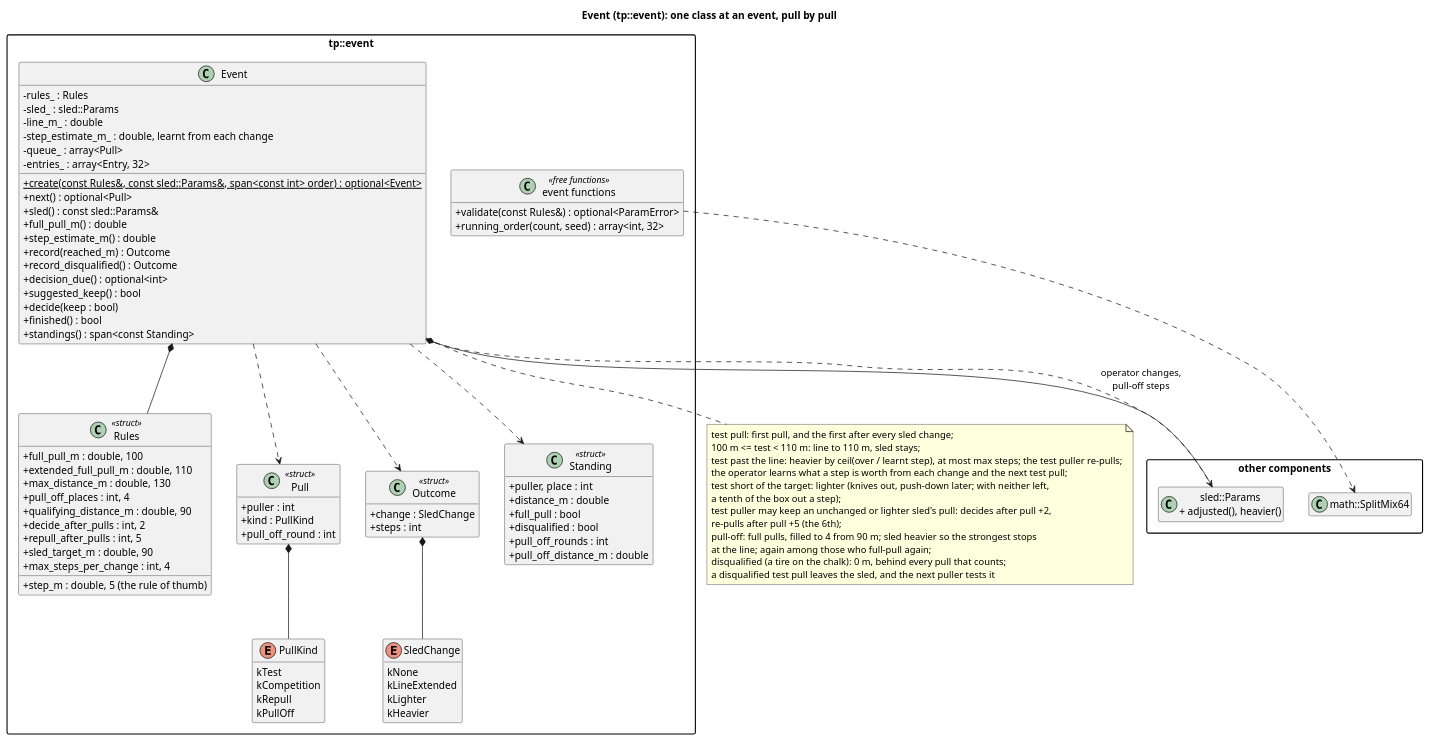
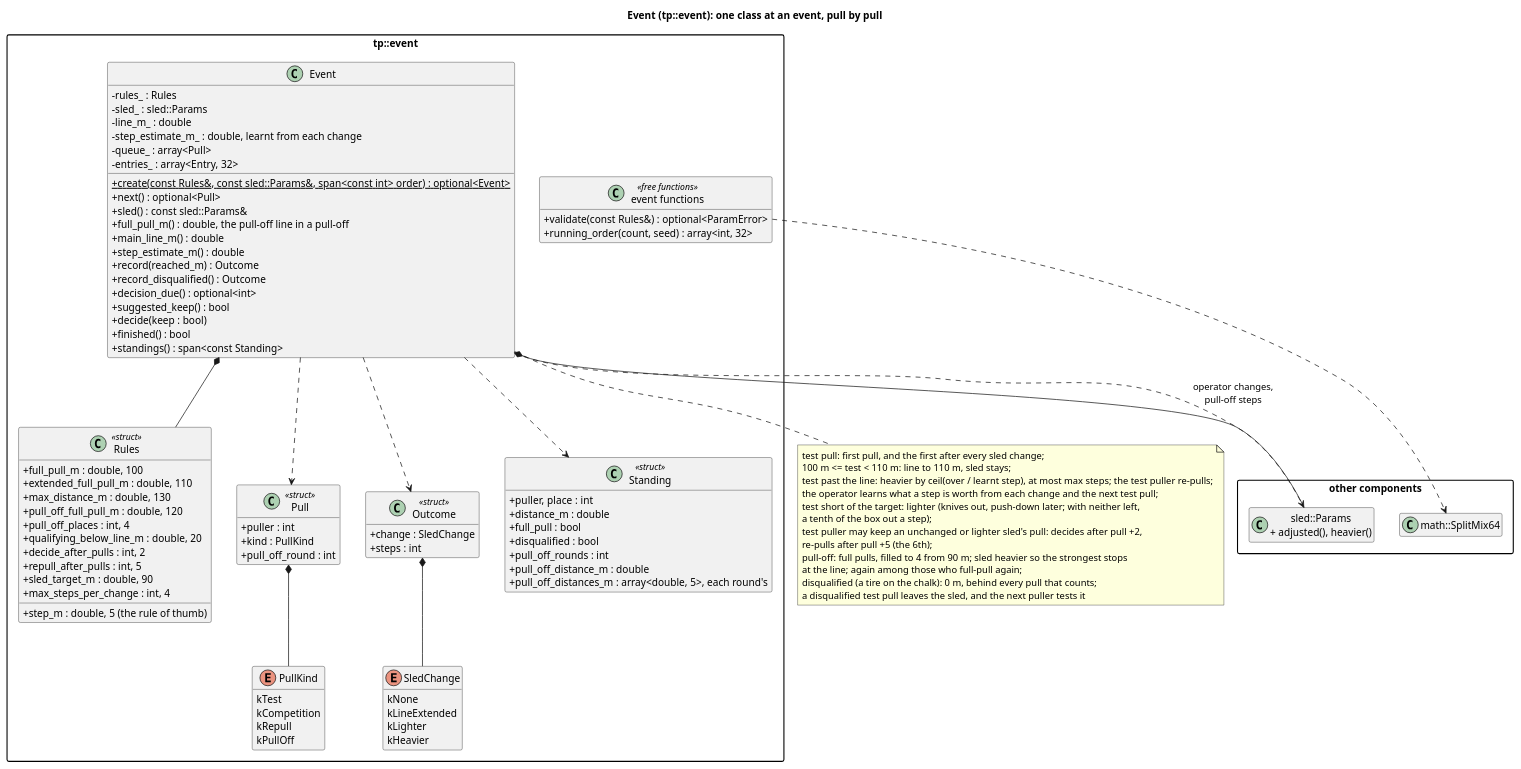
The diagram in docs/diagrams/event_classes.puml (wversteeg/TractorPulling), drawn with PlantUML before and after one commit. The commit also changed 61 other files, not shown here.

```diff
--- a/docs/diagrams/event_classes.puml
+++ b/docs/diagrams/event_classes.puml
@@ -1,102 +1,105 @@
 @startuml event_classes
 title Event (tp::event): one class at an event, pull by pull
 hide empty members
 skinparam packageStyle rectangle
 skinparam classAttributeIconSize 0
 
 package "other components" {
   class "sled::Params\n+ adjusted(), heavier()" as Sled
   class "math::SplitMix64" as Random
 }
 
 package "tp::event" {
   class Rules <<struct>> {
     +full_pull_m : double, 100
     +extended_full_pull_m : double, 110
     +max_distance_m : double, 130
+    +pull_off_full_pull_m : double, 120
     +pull_off_places : int, 4
-    +qualifying_distance_m : double, 90
+    +qualifying_below_line_m : double, 20
     +decide_after_pulls : int, 2
     +repull_after_pulls : int, 5
     +sled_target_m : double, 90
     +step_m : double, 5 (the rule of thumb)
     +max_steps_per_change : int, 4
   }
   class Pull <<struct>> {
     +puller : int
     +kind : PullKind
     +pull_off_round : int
   }
   enum PullKind {
     kTest
     kCompetition
     kRepull
     kPullOff
   }
   enum SledChange {
     kNone
     kLineExtended
     kLighter
     kHeavier
   }
   class Outcome <<struct>> {
     +change : SledChange
     +steps : int
   }
   class Standing <<struct>> {
     +puller, place : int
     +distance_m : double
     +full_pull : bool
     +disqualified : bool
     +pull_off_rounds : int
     +pull_off_distance_m : double
+    +pull_off_distances_m : array<double, 5>, each round's
   }
   class Event {
     -rules_ : Rules
     -sled_ : sled::Params
     -line_m_ : double
     -step_estimate_m_ : double, learnt from each change
     -queue_ : array<Pull>
     -entries_ : array<Entry, 32>
     +{static} create(const Rules&, const sled::Params&, span<const int> order) : optional<Event>
     +next() : optional<Pull>
     +sled() : const sled::Params&
-    +full_pull_m() : double
+    +full_pull_m() : double, the pull-off line in a pull-off
+    +main_line_m() : double
     +step_estimate_m() : double
     +record(reached_m) : Outcome
     +record_disqualified() : Outcome
     +decision_due() : optional<int>
     +suggested_keep() : bool
     +decide(keep : bool)
     +finished() : bool
     +standings() : span<const Standing>
   }
   class "event functions" as EventFns <<free functions>> {
     +validate(const Rules&) : optional<ParamError>
     +running_order(count, seed) : array<int, 32>
   }
   Event *-- Rules
   Event ..> Pull
   Event ..> Outcome
   Event ..> Standing
   Pull *-- PullKind
   Outcome *-- SledChange
 }
 Event *-- Sled
 Event ..> Sled : operator changes,\npull-off steps
 EventFns ..> Random
 note bottom of Event
   test pull: first pull, and the first after every sled change;
   100 m <= test < 110 m: line to 110 m, sled stays;
   test past the line: heavier by ceil(over / learnt step), at most max steps; the test puller re-pulls;
   the operator learns what a step is worth from each change and the next test pull;
   test short of the target: lighter (knives out, push-down later; with neither left,
   a tenth of the box out a step);
   test puller may keep an unchanged or lighter sled's pull: decides after pull +2,
   re-pulls after pull +5 (the 6th);
   pull-off: full pulls, filled to 4 from 90 m; sled heavier so the strongest stops
   at the line; again among those who full-pull again;
   disqualified (a tire on the chalk): 0 m, behind every pull that counts;
   a disqualified test pull leaves the sled, and the next puller tests it
 end note
 @enduml
```
